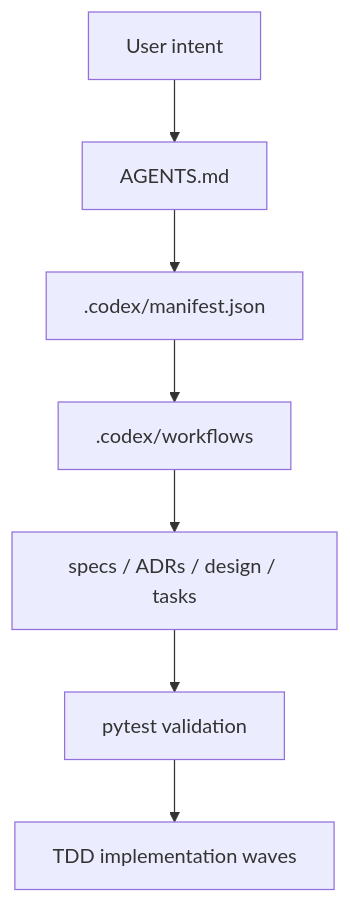
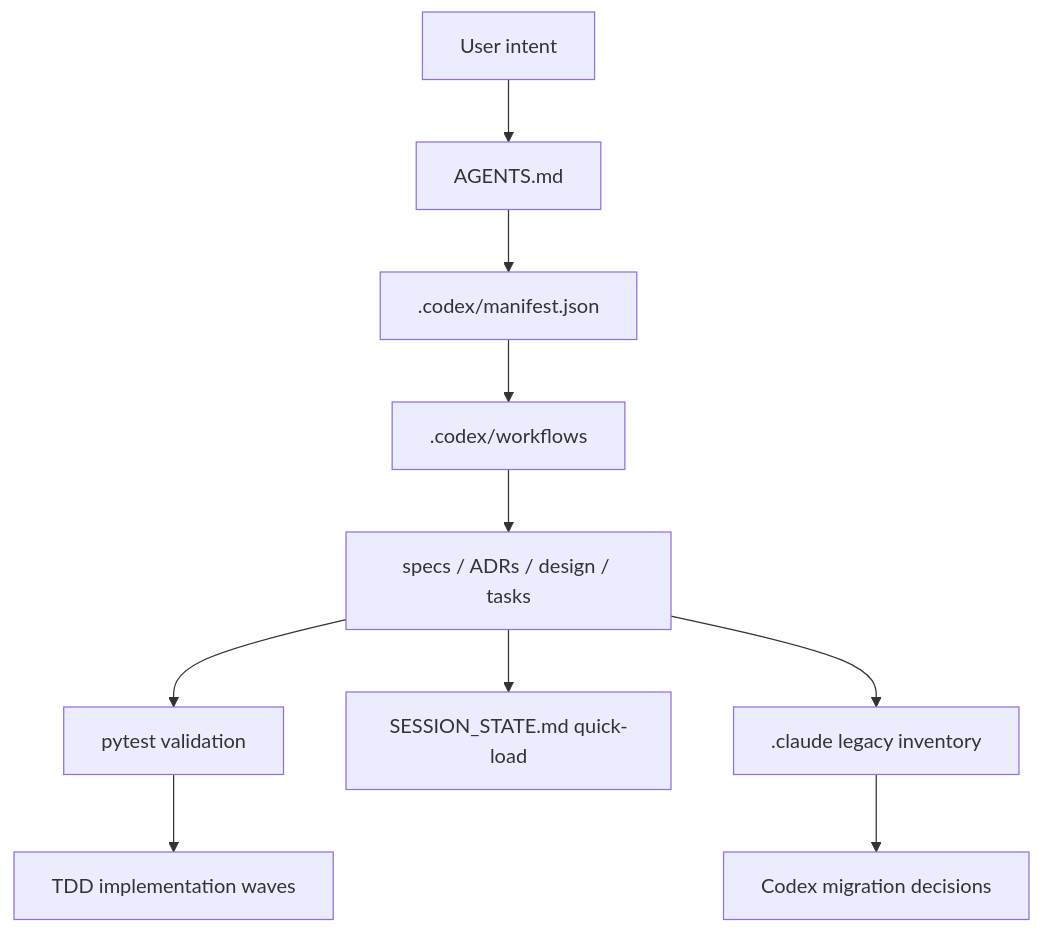
The diagram in docs/design/codex-lam-replacement-design.md (sougetuOte/codex-of-LAM), drawn with Mermaid before and after one commit. The commit also changed other lines of this file and 4 other files, not shown here.

````diff
--- a/docs/design/codex-lam-replacement-design.md
+++ b/docs/design/codex-lam-replacement-design.md
@@ -11,9 +10,12 @@
 ```mermaid
 flowchart TD
     UserIntent["User intent"] --> Agents["AGENTS.md"]
     Agents --> Manifest[".codex/manifest.json"]
     Manifest --> Workflows[".codex/workflows"]
     Workflows --> Docs["specs / ADRs / design / tasks"]
     Docs --> Tests["pytest validation"]
+    Docs --> SessionState["SESSION_STATE.md quick-load"]
+    Docs --> LegacyInventory[".claude legacy inventory"]
     Tests --> Build["TDD implementation waves"]
+    LegacyInventory --> Migration["Codex migration decisions"]
 ```
````
